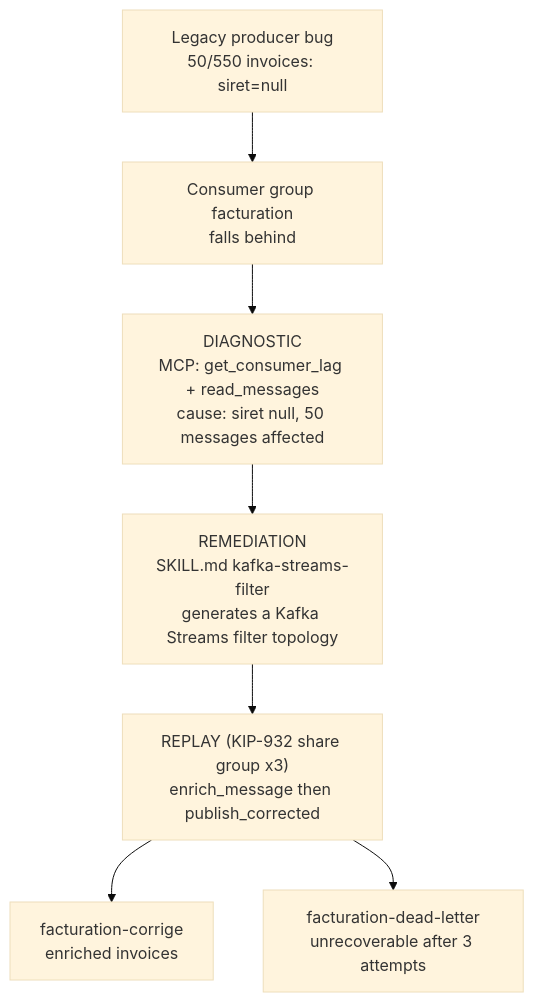
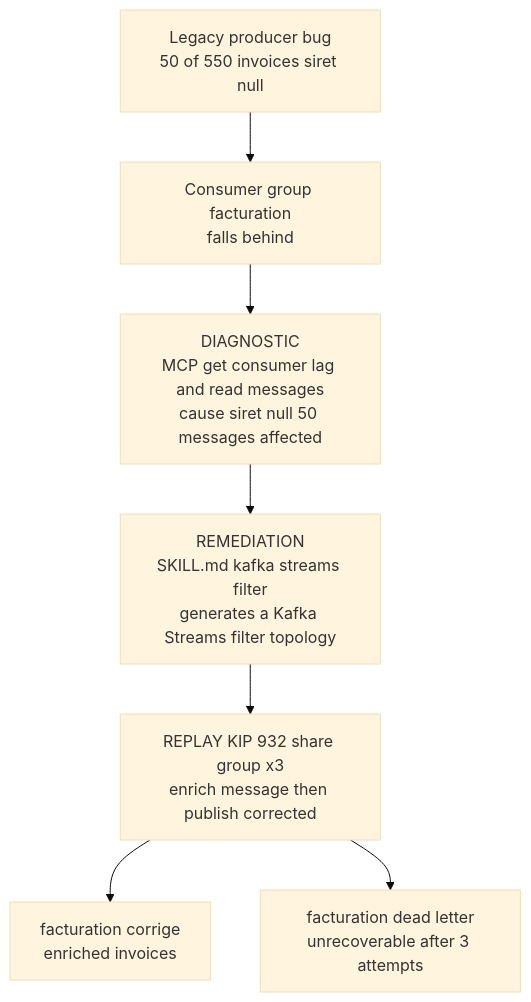
One commit to arabaaoui/kafka-ops-agents changed the first of 3 diagrams in README.md. Above: the diagram before and after it, drawn with Mermaid (base theme). The commit also changed other lines of this file, not shown here.

Commit message:
fix: all mermaid diagrams cleaned for GitHub compatibility by Claude Code

````diff
--- a/README.md
+++ b/README.md
@@ -22,15 +22,15 @@
 ```mermaid
 flowchart TB
-    BUG["Legacy producer bug<br/>50/550 invoices: siret=null"]
+    BUG["Legacy producer bug<br/>50 of 550 invoices siret null"]
 
     BUG --> LAG["Consumer group facturation<br/>falls behind"]
 
-    LAG --> DIAG["DIAGNOSTIC<br/>MCP: get_consumer_lag + read_messages<br/>cause: siret null, 50 messages affected"]
+    LAG --> DIAG["DIAGNOSTIC<br/>MCP get consumer lag and read messages<br/>cause siret null 50 messages affected"]
 
-    DIAG --> REM["REMEDIATION<br/>SKILL.md kafka-streams-filter<br/>generates a Kafka Streams filter topology"]
+    DIAG --> REM["REMEDIATION<br/>SKILL.md kafka streams filter<br/>generates a Kafka Streams filter topology"]
 
-    REM --> REPLAY["REPLAY (KIP-932 share group x3)<br/>enrich_message then publish_corrected"]
+    REM --> REPLAY["REPLAY KIP 932 share group x3<br/>enrich message then publish corrected"]
 
-    REPLAY --> FIXED["facturation-corrige<br/>enriched invoices"]
-    REPLAY --> DLQ["facturation-dead-letter<br/>unrecoverable after 3 attempts"]
+    REPLAY --> FIXED["facturation corrige<br/>enriched invoices"]
+    REPLAY --> DLQ["facturation dead letter<br/>unrecoverable after 3 attempts"]
 ```
````
